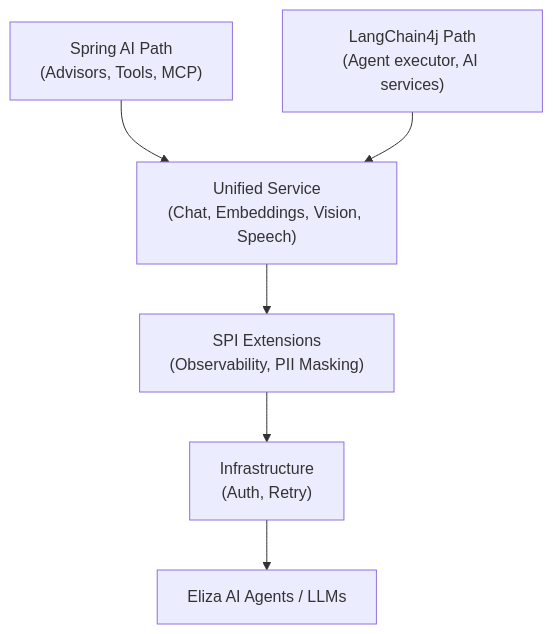
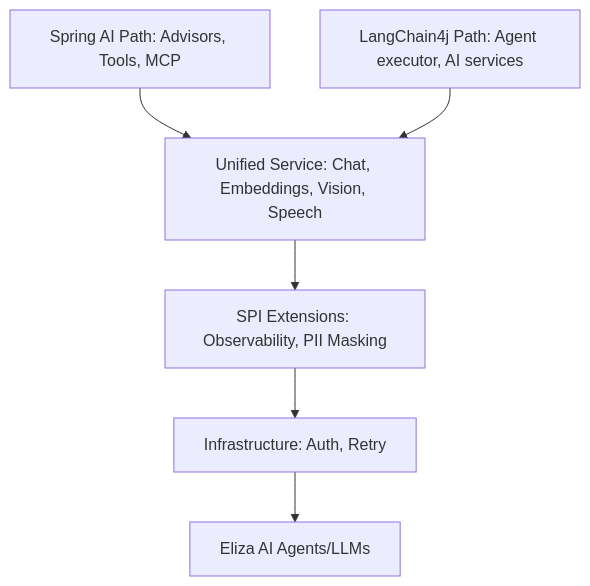
Before and after one commit to RamAlapure/ramalapure.github.io: the diagram in src/content/projects/eliza4j.md, drawn with Mermaid. The commit also changed 2 other files, not shown here.

Commit message:
Fix Mermaid rendering in diagram toggles and project charts.
Measure hidden mermaid panels at the correct width before render, and simplify Eliza4J and FINOS flowcharts so they parse reliably.

````diff
--- a/src/content/projects/eliza4j.md
+++ b/src/content/projects/eliza4j.md
@@ -30,8 +30,8 @@
 ```mermaid
 flowchart TD
-  SpringAI["Spring AI Path<br/>(Advisors, Tools, MCP)"] --> Unified["Unified Service<br/>(Chat, Embeddings, Vision, Speech)"]
-  LangChain["LangChain4j Path<br/>(Agent executor, AI services)"] --> Unified
-  Unified --> SPI["SPI Extensions<br/>(Observability, PII Masking)"]
-  SPI --> Infra["Infrastructure<br/>(Auth, Retry)"]
-  Infra --> Agents["Eliza AI Agents / LLMs"]
+  SpringAI[Spring AI Path: Advisors, Tools, MCP] --> Unified[Unified Service: Chat, Embeddings, Vision, Speech]
+  LangChain[LangChain4j Path: Agent executor, AI services] --> Unified
+  Unified --> SPI[SPI Extensions: Observability, PII Masking]
+  SPI --> Infra[Infrastructure: Auth, Retry]
+  Infra --> Agents[Eliza AI Agents/LLMs]
 ```
````
